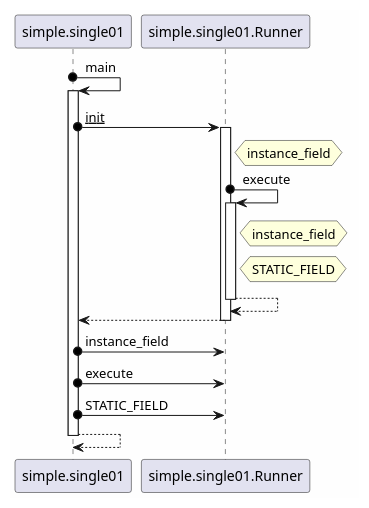
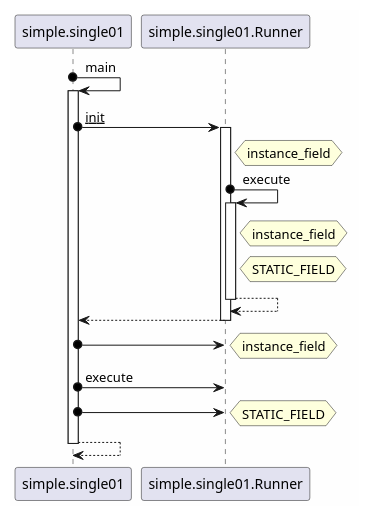
One commit to anetczuk/pyastgraph changed the diagram in examples/simple/out/single01.plantuml. Above: the diagram before and after it, drawn with PlantUML. The commit also changed 16 other files, not shown here.

Commit message:
Sequence diagram: field access as note

```diff
--- a/examples/simple/out/single01.plantuml
+++ b/examples/simple/out/single01.plantuml
@@ -1,34 +1,40 @@
 @startuml
 
 skinparam backgroundColor #FEFEFE
 
 
 simple.single01 o-> simple.single01 : main
 activate simple.single01
   simple.single01 o-> simple.single01.Runner : __init__
   activate simple.single01.Runner
     hnote right of simple.single01.Runner
     instance_field
-    endrnote
+    endnote
     simple.single01.Runner o-> simple.single01.Runner : execute
     activate simple.single01.Runner
       hnote right of simple.single01.Runner
       instance_field
-      endrnote
+      endnote
       hnote right of simple.single01.Runner
       STATIC_FIELD
-      endrnote
+      endnote
     simple.single01.Runner --> simple.single01.Runner
     deactivate simple.single01.Runner
 
   simple.single01.Runner --> simple.single01
   deactivate simple.single01.Runner
 
-  simple.single01 o-> simple.single01.Runner : instance_field
+  simple.single01 o-> simple.single01.Runner 
+  hnote right
+  instance_field
+  end note
   simple.single01 o-> simple.single01.Runner : execute
-  simple.single01 o-> simple.single01.Runner : STATIC_FIELD
+  simple.single01 o-> simple.single01.Runner 
+  hnote right
+  STATIC_FIELD
+  end note
 simple.single01 --> simple.single01
 deactivate simple.single01
 
 
 @enduml
```
